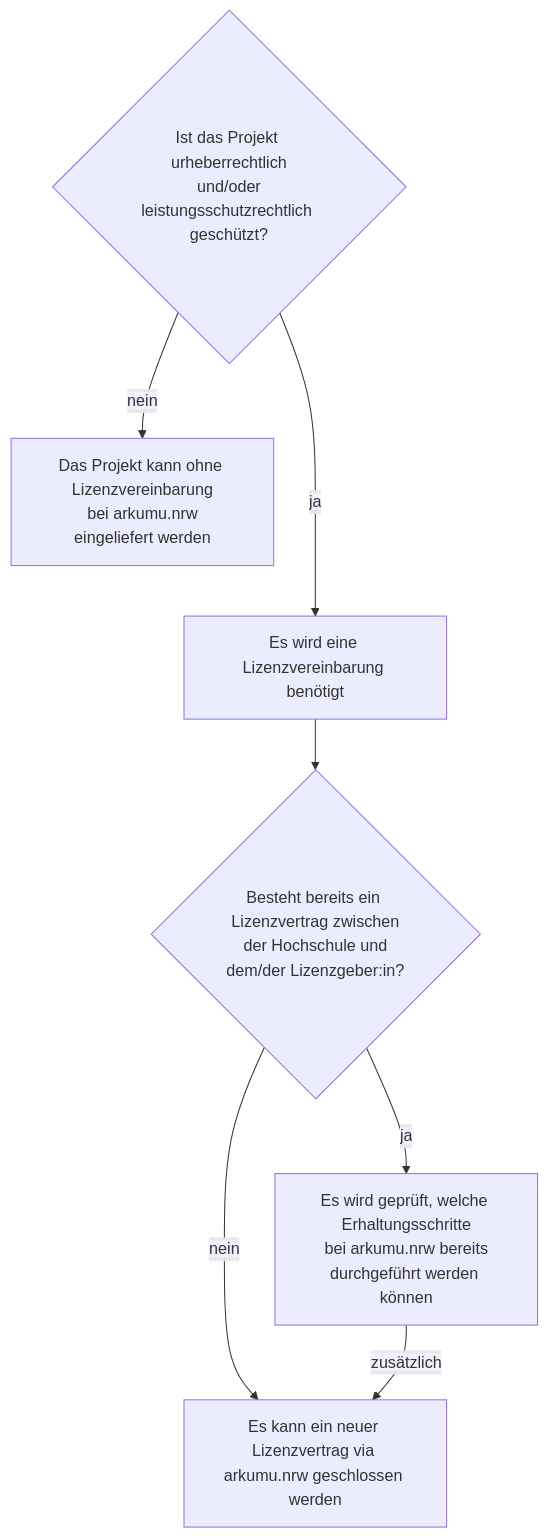
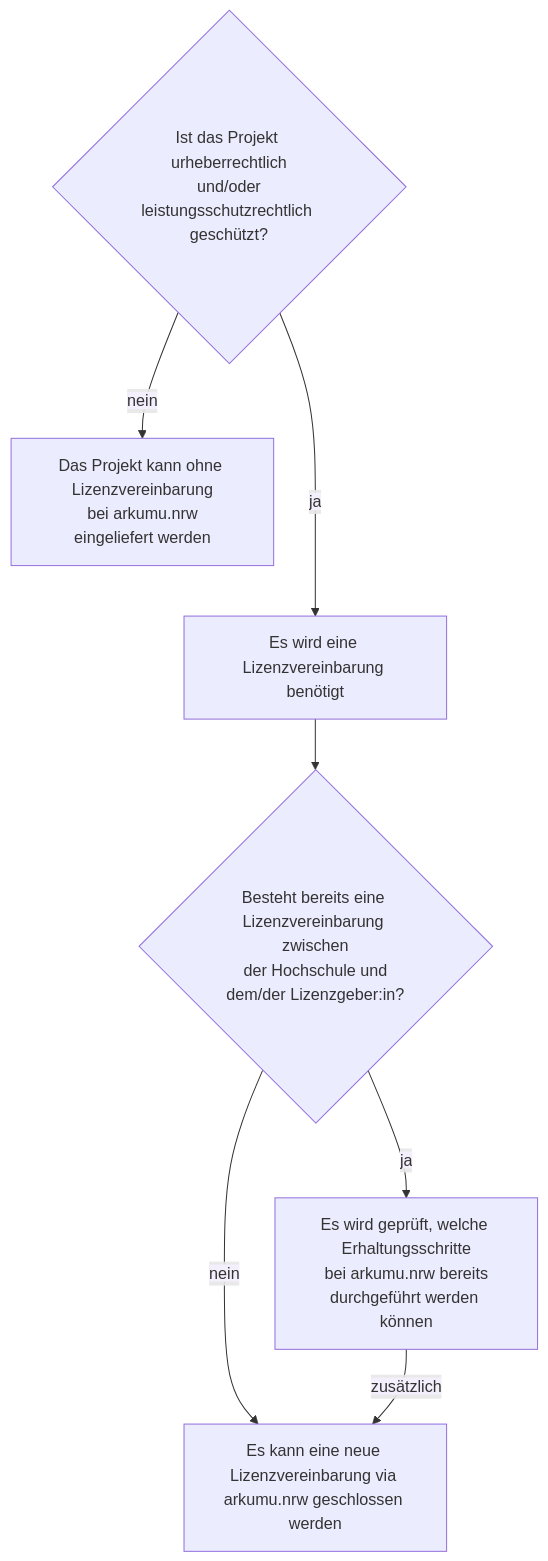
Before and after one commit to arkumu/arkumu.github.io: the seventh of 13 diagrams in ressourcen/entitaeten-und-attribute-des-datenmodells.markdown, drawn with Mermaid. The commit also changed other lines of this file and 1 other file, not shown here.

```diff
--- a/ressourcen/entitaeten-und-attribute-des-datenmodells.markdown
+++ b/ressourcen/entitaeten-und-attribute-des-datenmodells.markdown
@@ -196,9 +205,9 @@
 <pre class="mermaid">
 flowchart TB;
     Projekt_Urheberrechtsstatus{Ist das Projekt urheberrechtlich\n und/oder leistungsschutzrechtlich geschützt?}-- <span style="background-color: #f4effc">nein</span>  --> Projekt_eingeliefert[Das Projekt kann ohne Lizenzvereinbarung\n bei arkumu.nrw eingeliefert werden]
-    Projekt_Urheberrechtsstatus-- <span style="background-color: #f4effc">ja</span>  ---> Lizenzvertrag_benötigt[Es wird eine Lizenzvereinbarung benötigt]
-    Lizenzvertrag_benötigt --> Besteht_Lizenzvertrag{Besteht bereits ein Lizenzvertrag zwischen\n der Hochschule und dem/der Lizenzgeber:in?}
-    Besteht_Lizenzvertrag-- <span style="background-color: #f4effc">ja</span>  --> Rechte_werden_geprüft[Es wird geprüft, welche Erhaltungsschritte\n bei arkumu.nrw bereits durchgeführt werden können]
-    Besteht_Lizenzvertrag-- <span style="background-color: #f4effc">nein</span>  --> Neuer_Lizenzvertrag[Es kann ein neuer Lizenzvertrag via arkumu.nrw geschlossen werden]
-    Rechte_werden_geprüft-- <span style="background-color: #f4effc">zusätzlich</span>  --> Neuer_Lizenzvertrag[Es kann ein neuer Lizenzvertrag via arkumu.nrw geschlossen werden]
+    Projekt_Urheberrechtsstatus-- <span style="background-color: #f4effc">ja</span>  ---> Lizenzvereinbarung_benötigt[Es wird eine Lizenzvereinbarung benötigt]
+    Lizenzvereinbarung_benötigt --> Besteht_Lizenzvereinbarung{Besteht bereits eine Lizenzvereinbarung zwischen\n der Hochschule und dem/der Lizenzgeber:in?}
+    Besteht_Lizenzvereinbarung-- <span style="background-color: #f4effc">ja</span>  --> Rechte_werden_geprüft[Es wird geprüft, welche Erhaltungsschritte\n bei arkumu.nrw bereits durchgeführt werden können]
+    Besteht_Lizenzvereinbarung-- <span style="background-color: #f4effc">nein</span>  --> Neue_Lizenzvereinbarung[Es kann eine neue Lizenzvereinbarung via arkumu.nrw geschlossen werden]
+    Rechte_werden_geprüft-- <span style="background-color: #f4effc">zusätzlich</span>  --> Neue_Lizenzvereinbarung[Es kann eine neue Lizenzvereinbarung via arkumu.nrw geschlossen werden]
 </pre>
```
